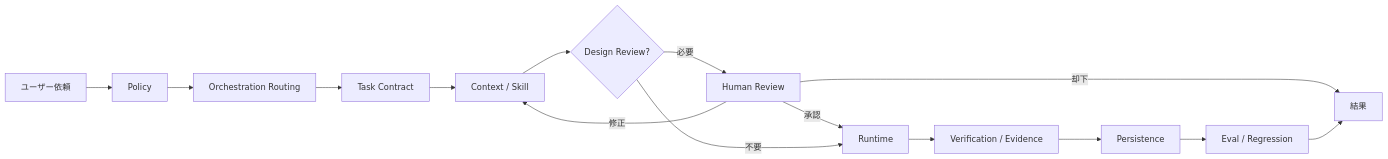
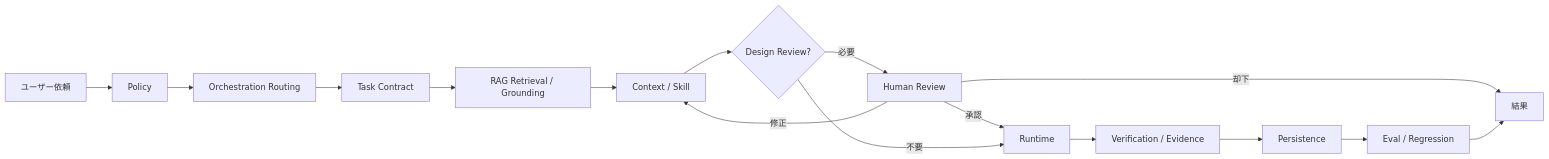
Before and after one commit to DarumaPPAP/UnityAgent: the first of 4 diagrams in README.md, drawn with Mermaid. The commit also changed other lines of this file and 86 other files, not shown here.

Commit message:
feat: add top-level RAG retrieval and grounding

````diff
--- a/README.md
+++ b/README.md
@@ -22,19 +22,20 @@
 ```mermaid
 flowchart LR
     U[ユーザー依頼] --> P[Policy]
     P --> R[Orchestration Routing]
     R --> T[Task Contract]
-    T --> C[Context / Skill]
+    T --> G[RAG Retrieval / Grounding]
+    G --> C[Context / Skill]
     C --> D{Design Review?}
 
     D -->|必要| H[Human Review]
     H -->|承認| X[Runtime]
     H -->|修正| C
     H -->|却下| O[結果]
 
     D -->|不要| X
     X --> V[Verification / Evidence]
     V --> S[Persistence]
     S --> E[Eval / Regression]
     E --> O
 ```
````
